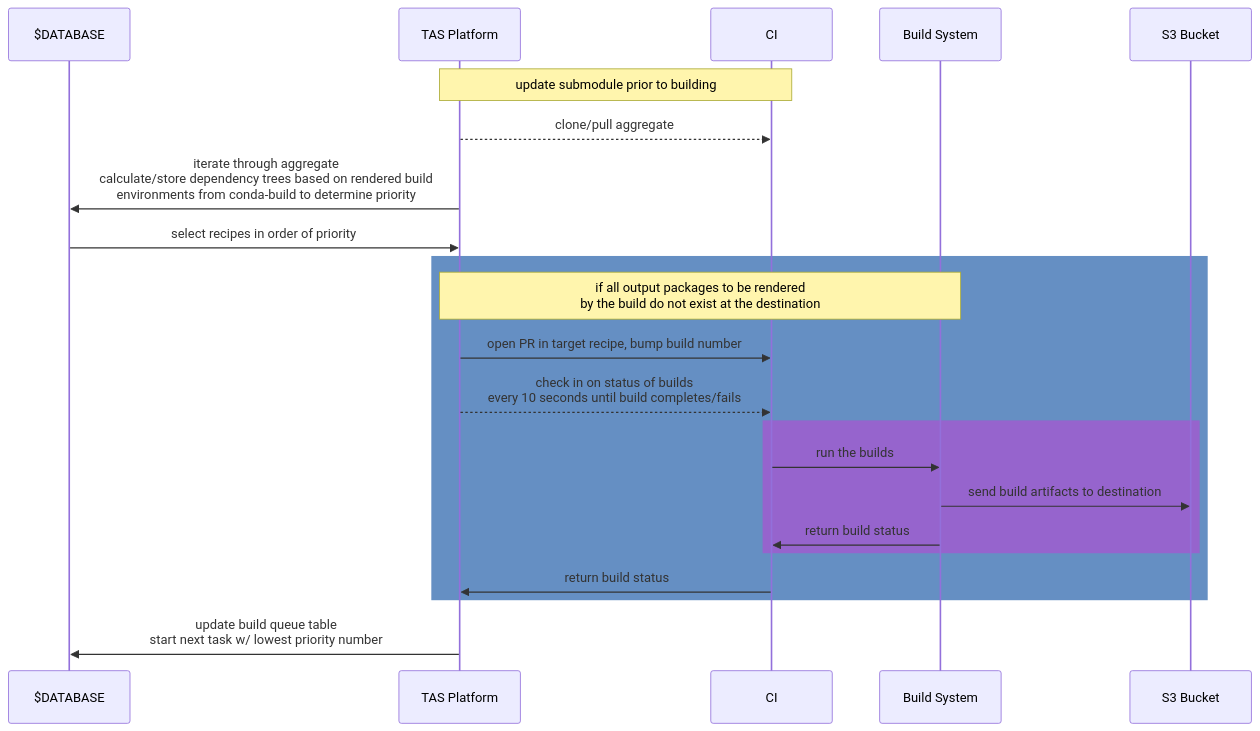
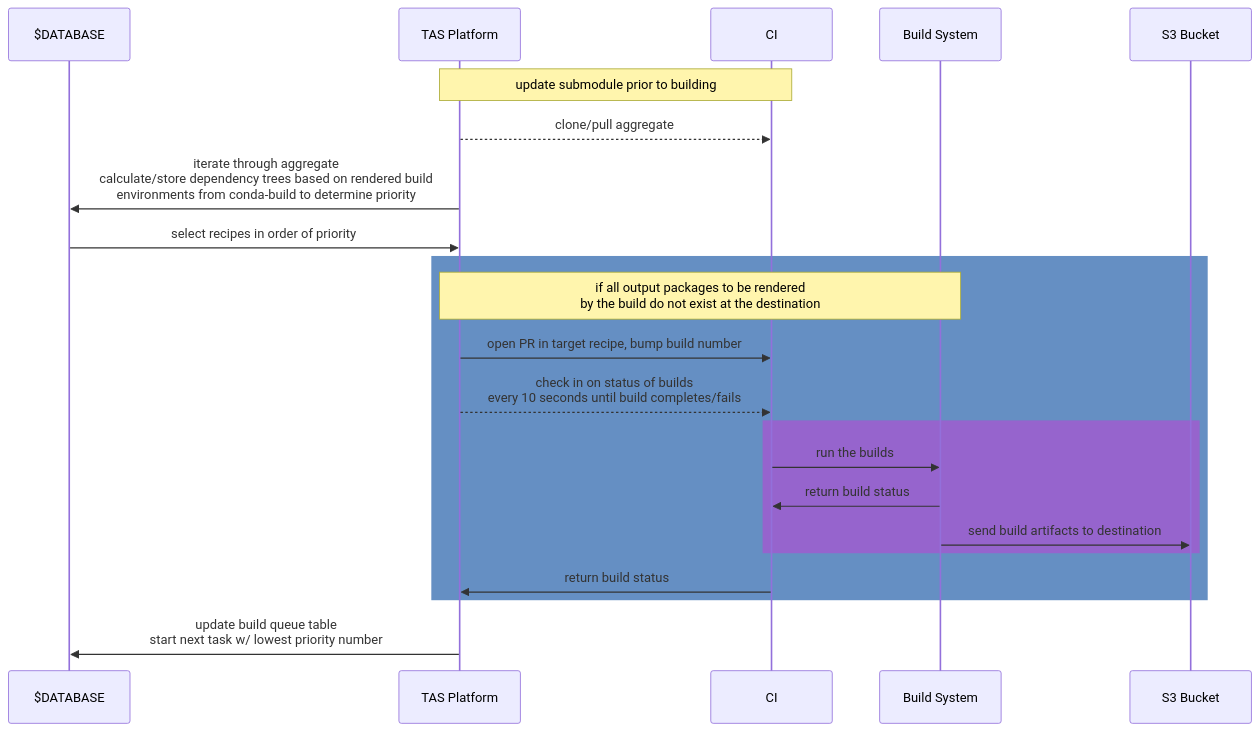
The diagram in docs/architecture.md (mxava/tas-platform), drawn with Mermaid before and after one commit. The commit also changed other lines of this file, not shown here.

Commit message:
swap return status and send to s3

````diff
--- a/docs/architecture.md
+++ b/docs/architecture.md
@@ -3,24 +3,24 @@
 ```mermaid
 sequenceDiagram
     participant $DATABASE
     participant TAS Platform
     participant CI
     participant Build System
     participant S3 Bucket
     Note over TAS Platform,CI: update submodule prior to building
     TAS Platform-->>CI: clone/pull aggregate
     TAS Platform->>$DATABASE: iterate through aggregate<br/>calculate/store dependency trees based on rendered build<br/>environments from conda-build to determine priority
     $DATABASE->>TAS Platform: select recipes in order of priority
     rect rgb(101, 143, 195)
     Note over TAS Platform,Build System: if all output packages to be rendered<br/>by the build do not exist at the destination
     TAS Platform->>CI: open PR in target recipe, bump build number
     TAS Platform-->>CI: check in on status of builds<br/>every 10 seconds until build completes/fails
     rect rgb(150, 100, 205)
     CI->>Build System: run the builds
+    Build System->>CI: return build status
     Build System->>S3 Bucket: send build artifacts to destination
-    Build System->>CI: return build status
     end
     CI->>TAS Platform: return build status
     end
     TAS Platform->>$DATABASE: update build queue table<br/>start next task w/ lowest priority number    
 ```
````
